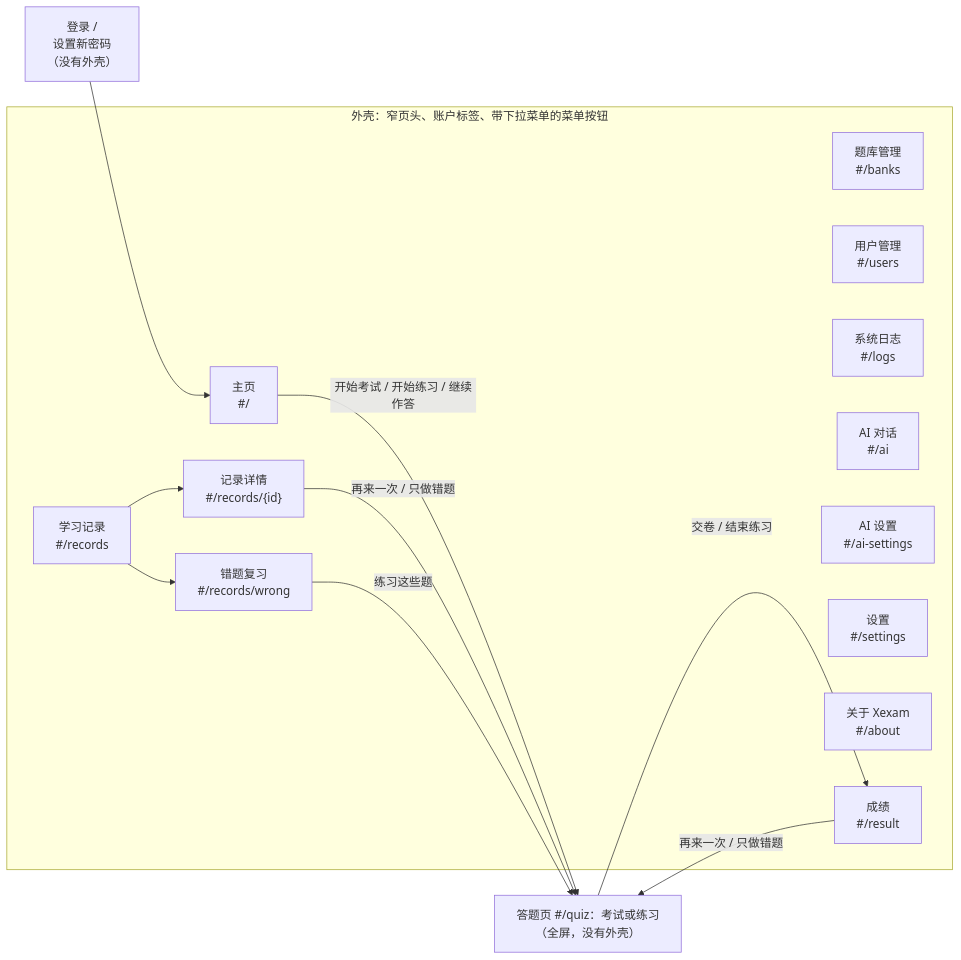
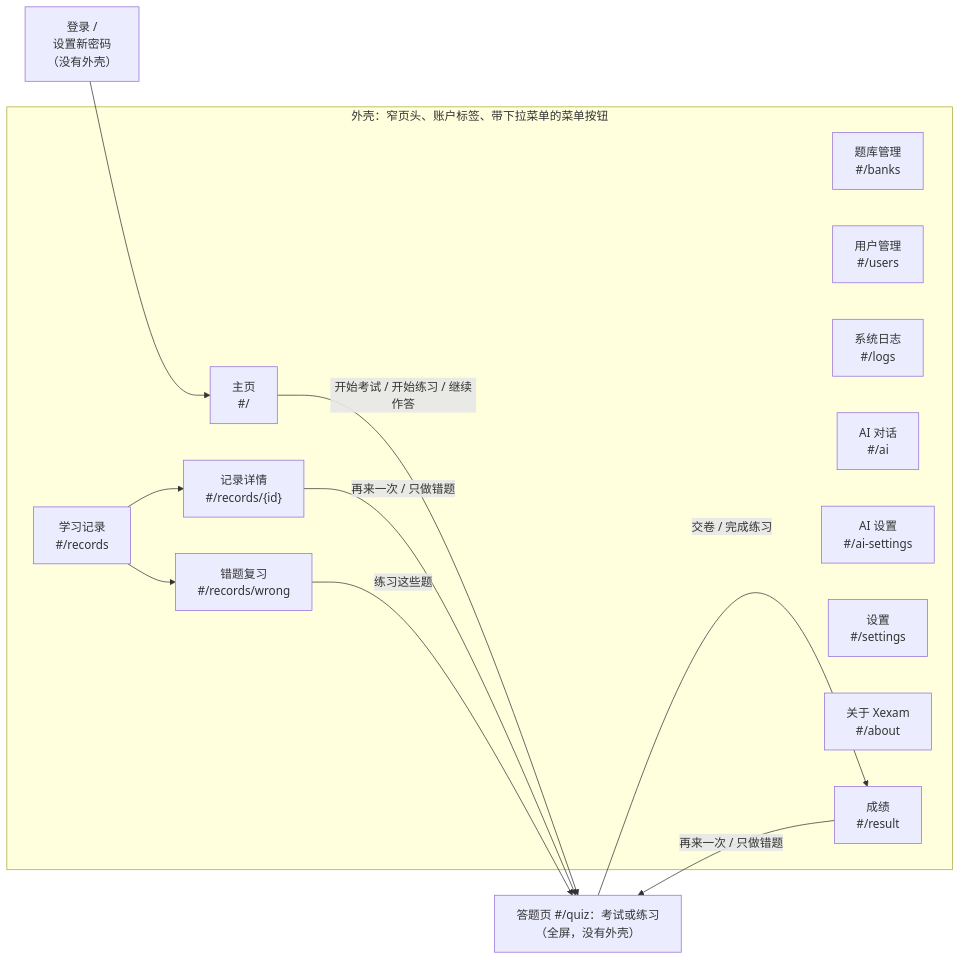
One commit to Yumin-Space/xexam changed the fifth of 8 diagrams in docs/zh-CN/architecture.md. Above: the diagram before and after it, drawn with Mermaid. The commit also changed other lines of this file and 354 other files, not shown here.

````diff
--- a/docs/zh-CN/architecture.md
+++ b/docs/zh-CN/architecture.md
@@ -364,26 +372,26 @@
 ```mermaid
 flowchart LR
     SI["登录 /<br/>设置新密码<br/>（没有外壳）"] --> H
     subgraph shell["外壳：窄页头、账户标签、带下拉菜单的菜单按钮"]
         H["主页<br/>#/"]
         B["题库管理<br/>#/banks"]
         R["学习记录<br/>#/records"]
         US["用户管理<br/>#/users"]
         LG["系统日志<br/>#/logs"]
         AI["AI 对话<br/>#/ai"]
         AIS["AI 设置<br/>#/ai-settings"]
         S["设置<br/>#/settings"]
         AB["关于 Xexam<br/>#/about"]
         D["记录详情<br/>#/records/{id}"]
         W["错题复习<br/>#/records/wrong"]
         RS["成绩<br/>#/result"]
     end
     Q["答题页 #/quiz：考试或练习<br/>（全屏，没有外壳）"]
     R --> D
     R --> W
     H -->|"开始考试 / 开始练习 / 继续作答"| Q
-    Q -->|"交卷 / 结束练习"| RS
+    Q -->|"交卷 / 完成练习"| RS
     RS -->|"再来一次 / 只做错题"| Q
     D -->|"再来一次 / 只做错题"| Q
     W -->|"练习这些题"| Q
 ```
````
